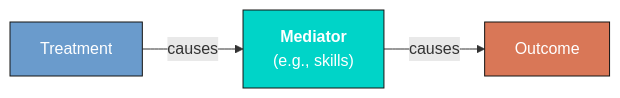
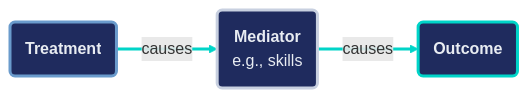
One commit to cmg777/starter-academic-v501 changed the third of 5 diagrams in content/post/python_dowhy/references/tutorial.qmd. Above: the diagram before and after it, drawn with Mermaid. The commit also changed other lines of this file and 42 other files, not shown here.

First line of the commit message:
content(mermaid): restyle Mermaid copies in tutorial sources and the LaLonde slide deck

````diff
--- a/content/post/python_dowhy/references/tutorial.qmd
+++ b/content/post/python_dowhy/references/tutorial.qmd
@@ -496,9 +501,12 @@
 ```{mermaid}
 graph LR
-    T["Treatment"] -->|"causes"| M["<b>Mediator</b><br/>(e.g., skills)"]
-    M -->|"causes"| Y["Outcome"]
-
-    style T fill:#6a9bcc,stroke:#141413,color:#fff
-    style M fill:#00d4c8,stroke:#141413,color:#fff
-    style Y fill:#d97757,stroke:#141413,color:#fff
+    T("<b>Treatment</b>") ==>|"causes"| M("<b>Mediator</b><br/>e.g., skills")
+    M ==>|"causes"| Y("<b>Outcome</b>")
+    classDef blue fill:#1f2b5e,stroke:#6a9bcc,stroke-width:3px,color:#e8ecf2
+    classDef gray fill:#1f2b5e,stroke:#c8d0e0,stroke-width:3px,color:#e8ecf2
+    classDef teal fill:#1f2b5e,stroke:#00d4c8,stroke-width:3px,color:#e8ecf2
+    class T blue
+    class M gray
+    class Y teal
+    linkStyle 0,1 stroke:#00d4c8,stroke-width:3px
 ```
````
